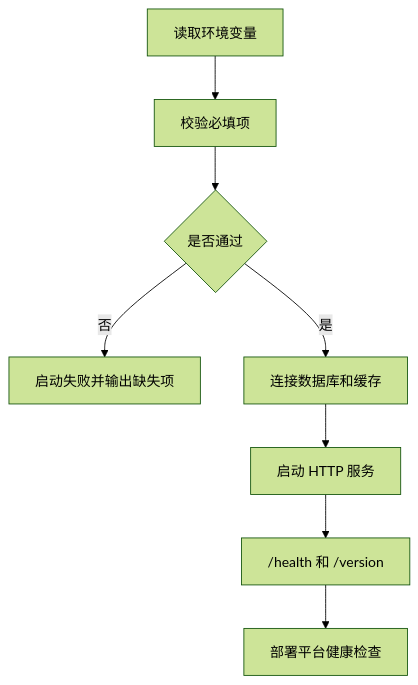
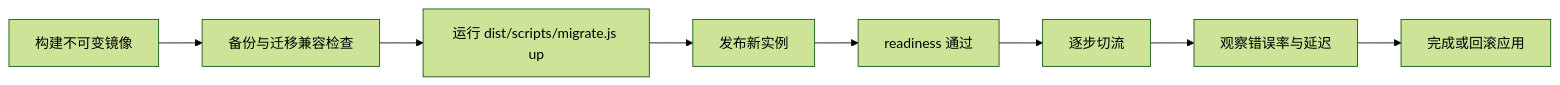
Before and after one commit to yokry-he/yok-study-web: the fifth of 5 diagrams in docs/node/permission-api-project.md, drawn with Mermaid (forest theme). The commit also changed other lines of this file and 14 other files, not shown here.

````diff
--- a/docs/node/permission-api-project.md
+++ b/docs/node/permission-api-project.md
@@ -218,10 +2089,10 @@
 ```mermaid
-flowchart TD
-  A[读取环境变量] --> B[校验必填项]
-  B --> C{是否通过}
-  C -- 否 --> D[启动失败并输出缺失项]
-  C -- 是 --> E[连接数据库和缓存]
-  E --> F[启动 HTTP 服务]
-  F --> G["/health 和 /version"]
-  G --> H[部署平台健康检查]
+flowchart LR
+  A["构建不可变镜像"] --> B["备份与迁移兼容检查"]
+  B --> C["运行 dist/scripts/migrate.js up"]
+  C --> D["发布新实例"]
+  D --> E["readiness 通过"]
+  E --> F["逐步切流"]
+  F --> G["观察错误率与延迟"]
+  G --> H["完成或回滚应用"]
 ```
````
